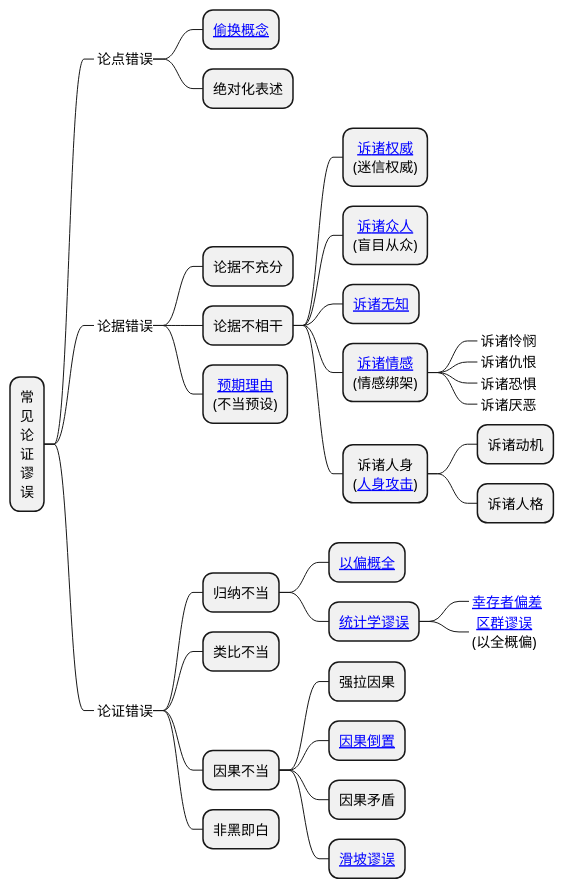
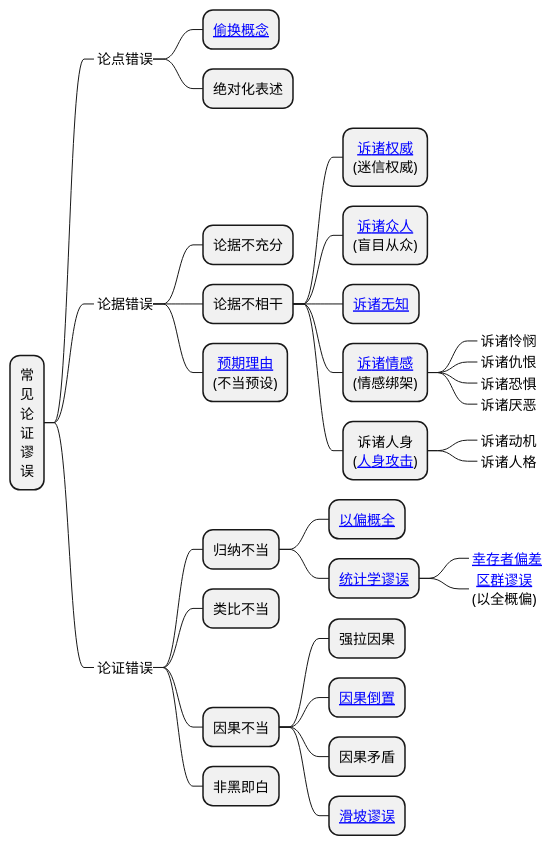
One commit to holmofy/blog.hufeifei.cn changed the fifth of 5 diagrams in source/_posts/logic/logic.md. Above: the diagram before and after it, drawn with PlantUML.

````diff
--- a/source/_posts/logic/logic.md
+++ b/source/_posts/logic/logic.md
@@ -156,42 +156,42 @@
 ```plantuml
 @startmindmap
 <style>
 node {
     HorizontalAlignment center
     RoundCorner 20
 }
 </style>
 * 常\n见\n论\n证\n谬\n误
 **_ 论点错误
 *** [[https://baike.baidu.com/item/偷换概念/6714008 偷换概念]]
 *** 绝对化表述
 **_ 论据错误
 *** 论据不充分
 *** 论据不相干
 **** [[https://baike.baidu.com/item/诉诸权威 诉诸权威]]\n(迷信权威)
 **** [[https://baike.baidu.com/item/诉诸大众 诉诸众人]]\n(盲目从众)
 **** [[https://baike.baidu.com/item/诉诸无知 诉诸无知]]
 **** [[https://baike.baidu.com/item/诉诸情感 诉诸情感]]\n(情感绑架)
 *****_ 诉诸怜悯
 *****_ 诉诸仇恨
 *****_ 诉诸恐惧
 *****_ 诉诸厌恶
 **** 诉诸人身\n([[https://baike.baidu.com/item/人身攻击 人身攻击]])
-***** 诉诸动机
-***** 诉诸人格
+*****_ 诉诸动机
+*****_ 诉诸人格
 *** [[https://baike.baidu.com/item/预期理由 预期理由]]\n(不当预设)
 **_ 论证错误
 *** 归纳不当
 **** [[https://baike.baidu.com/item/以偏概全 以偏概全]]
 **** [[https://baike.baidu.com/item/统计陷阱/3778566 统计学谬误]]
 *****_ [[https://baike.baidu.com/item/幸存者偏差/10313799 幸存者偏差]]
 *****_ [[https://baike.baidu.com/item/区群谬误 区群谬误]]\n(以全概偏)
 *** 类比不当
 *** 因果不当
 **** 强拉因果
 **** [[https://baike.baidu.com/item/因果倒置 因果倒置]]
 **** 因果矛盾
 **** [[https://baike.baidu.com/item/滑坡谬误 滑坡谬误]]
 *** 非黑即白
 @endmindmap
 ```
````
